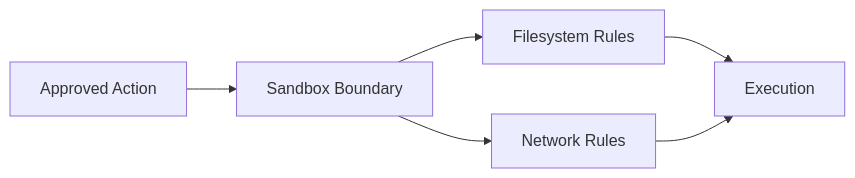
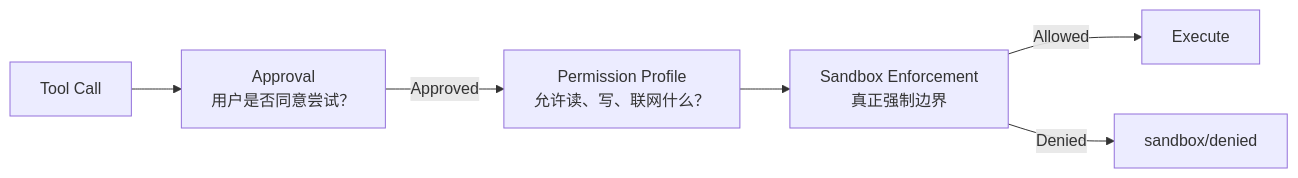
Before and after one commit to zz1403489227-crypto/learn-codex: the diagram in s07_sandbox_permissions/README.md, drawn with Mermaid. The commit also changed other lines of this file and 5 other files, not shown here.

````diff
--- a/s07_sandbox_permissions/README.md
+++ b/s07_sandbox_permissions/README.md
@@ -3,8 +3,8 @@
 ```mermaid
 flowchart LR
-    A["Approved Action"] --> S["Sandbox Boundary"]
-    S --> F["Filesystem Rules"]
-    S --> N["Network Rules"]
-    F --> E["Execution"]
-    N --> E
+    C["Tool Call"] --> A["Approval<br/>用户是否同意尝试？"]
+    A -->|Approved| P["Permission Profile<br/>允许读、写、联网什么？"]
+    P --> S["Sandbox Enforcement<br/>真正强制边界"]
+    S -->|Allowed| E["Execute"]
+    S -->|Denied| D["sandbox/denied"]
 ```
````
